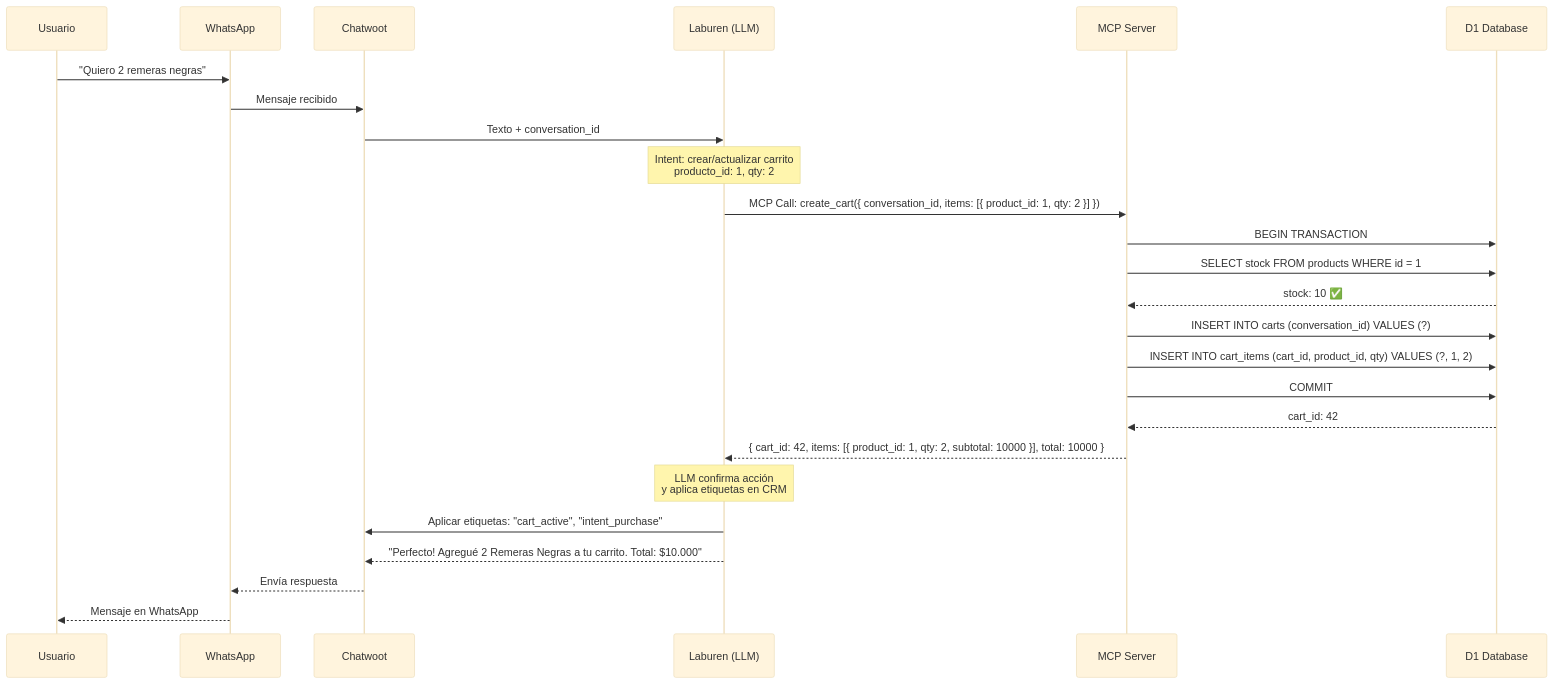
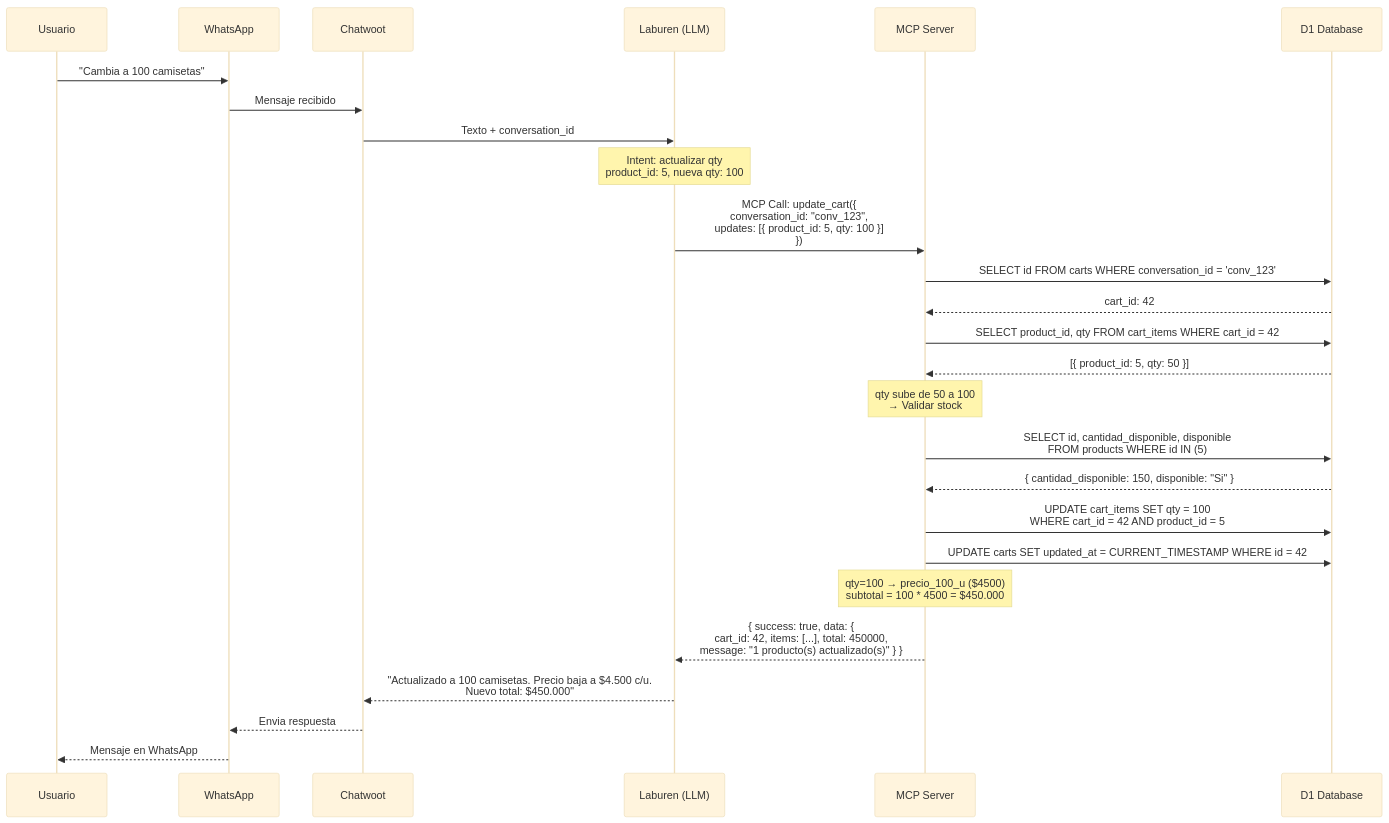
The fifth of 7 diagrams in docs/flujo-agente.md (ArielDRighi/laburen-challenge), drawn with Mermaid (base theme) before and after one commit. The commit also changed other lines of this file and 4 other files, not shown here.

First line of the commit message:
fix: Corregir validación de stock acumulado y documentación MCP

````diff
--- a/docs/flujo-agente.md
+++ b/docs/flujo-agente.md
@@ -137,35 +197,40 @@
 ```mermaid
 sequenceDiagram
     participant U as Usuario
     participant W as WhatsApp
     participant C as Chatwoot
     participant L as Laburen (LLM)
     participant M as MCP Server
     participant D as D1 Database
 
-    U->>W: "Quiero 2 remeras negras"
+    U->>W: "Cambia a 100 camisetas"
     W->>C: Mensaje recibido
     C->>L: Texto + conversation_id
 
-    Note over L: Intent: crear/actualizar carrito<br/>producto_id: 1, qty: 2
+    Note over L: Intent: actualizar qty<br/>product_id: 5, nueva qty: 100
 
-    L->>M: MCP Call: create_cart({ conversation_id, items: [{ product_id: 1, qty: 2 }] })
+    L->>M: MCP Call: update_cart({<br/>  conversation_id: "conv_123",<br/>  updates: [{ product_id: 5, qty: 100 }]<br/>})
 
-    M->>D: BEGIN TRANSACTION
-    M->>D: SELECT stock FROM products WHERE id = 1
-    D-->>M: stock: 10 ✅
+    M->>D: SELECT id FROM carts WHERE conversation_id = 'conv_123'
+    D-->>M: cart_id: 42
 
-    M->>D: INSERT INTO carts (conversation_id) VALUES (?)
-    M->>D: INSERT INTO cart_items (cart_id, product_id, qty) VALUES (?, 1, 2)
-    M->>D: COMMIT
+    M->>D: SELECT product_id, qty FROM cart_items WHERE cart_id = 42
+    D-->>M: [{ product_id: 5, qty: 50 }]
 
-    D-->>M: cart_id: 42
-    M-->>L: { cart_id: 42, items: [{ product_id: 1, qty: 2, subtotal: 10000 }], total: 10000 }
+    Note over M: qty sube de 50 a 100<br/>→ Validar stock
 
-    Note over L: LLM confirma acción<br/>y aplica etiquetas en CRM
+    M->>D: SELECT id, cantidad_disponible, disponible<br/>FROM products WHERE id IN (5)
+    D-->>M: { cantidad_disponible: 150, disponible: "Si" }
 
-    L->>C: Aplicar etiquetas: "cart_active", "intent_purchase"
-    L-->>C: "Perfecto! Agregué 2 Remeras Negras a tu carrito. Total: $10.000"
-    C-->>W: Envía respuesta
+    M->>D: UPDATE cart_items SET qty = 100<br/>WHERE cart_id = 42 AND product_id = 5
+
+    M->>D: UPDATE carts SET updated_at = CURRENT_TIMESTAMP WHERE id = 42
+
+    Note over M: qty=100 → precio_100_u ($4500)<br/>subtotal = 100 * 4500 = $450.000
+
+    M-->>L: { success: true, data: {<br/>  cart_id: 42, items: [...], total: 450000,<br/>  message: "1 producto(s) actualizado(s)" } }
+
+    L-->>C: "Actualizado a 100 camisetas. Precio baja a $4.500 c/u.<br/>Nuevo total: $450.000"
+    C-->>W: Envia respuesta
     W-->>U: Mensaje en WhatsApp
 ```
````
